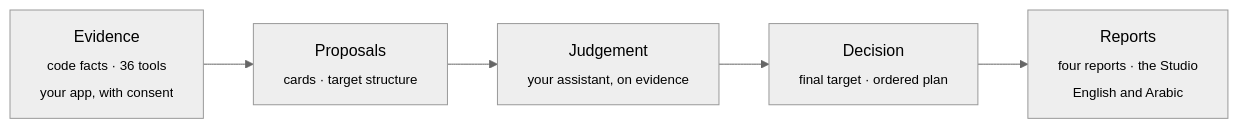
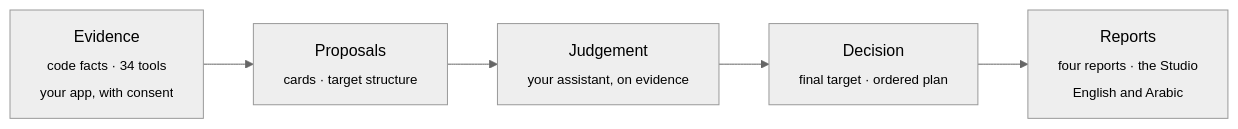
One commit to eom1417/engineering-audit-os changed the diagram in README.md. Above: the diagram before and after it, drawn with Mermaid (neutral theme). The commit also changed other lines of this file and 35 other files, not shown here.

````diff
--- a/README.md
+++ b/README.md
@@ -105,7 +105,7 @@
 ```mermaid
 flowchart LR
-  A["Evidence<br/><sub>code facts · 36 tools<br/>your app, with consent</sub>"] --> B["Proposals<br/><sub>cards · target structure</sub>"]
+  A["Evidence<br/><sub>code facts · 34 tools<br/>your app, with consent</sub>"] --> B["Proposals<br/><sub>cards · target structure</sub>"]
   B --> C["Judgement<br/><sub>your assistant, on evidence</sub>"]
   C --> D["Decision<br/><sub>final target · ordered plan</sub>"]
   D --> E["Reports<br/><sub>four reports · the Studio<br/>English and Arabic</sub>"]
 ```
````
